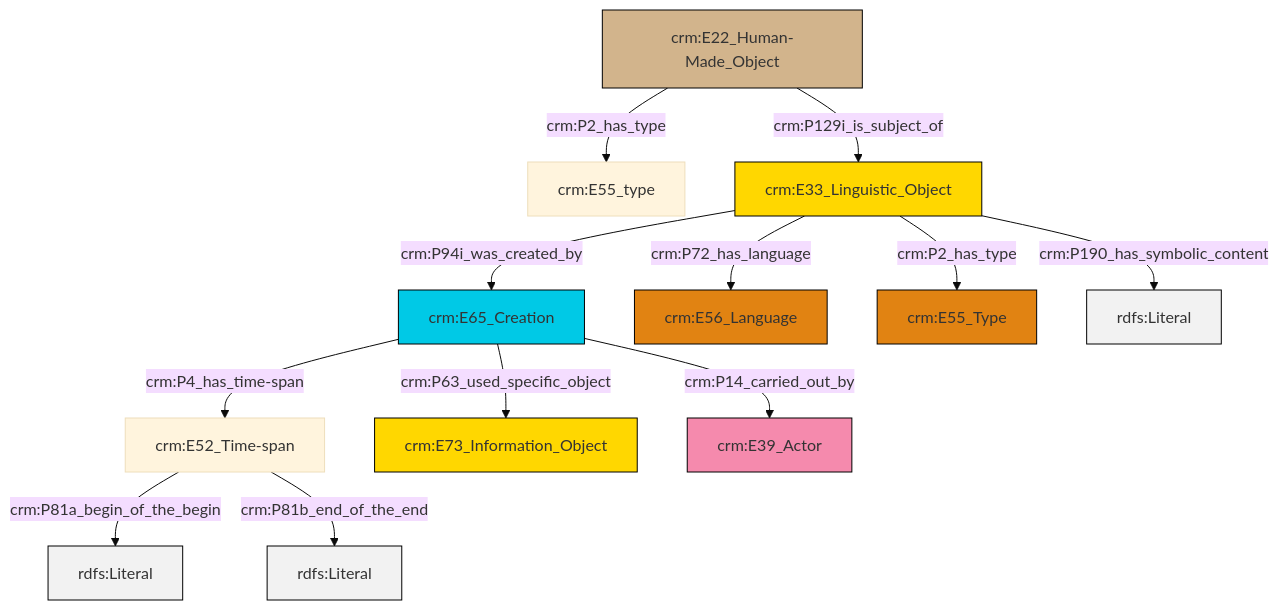
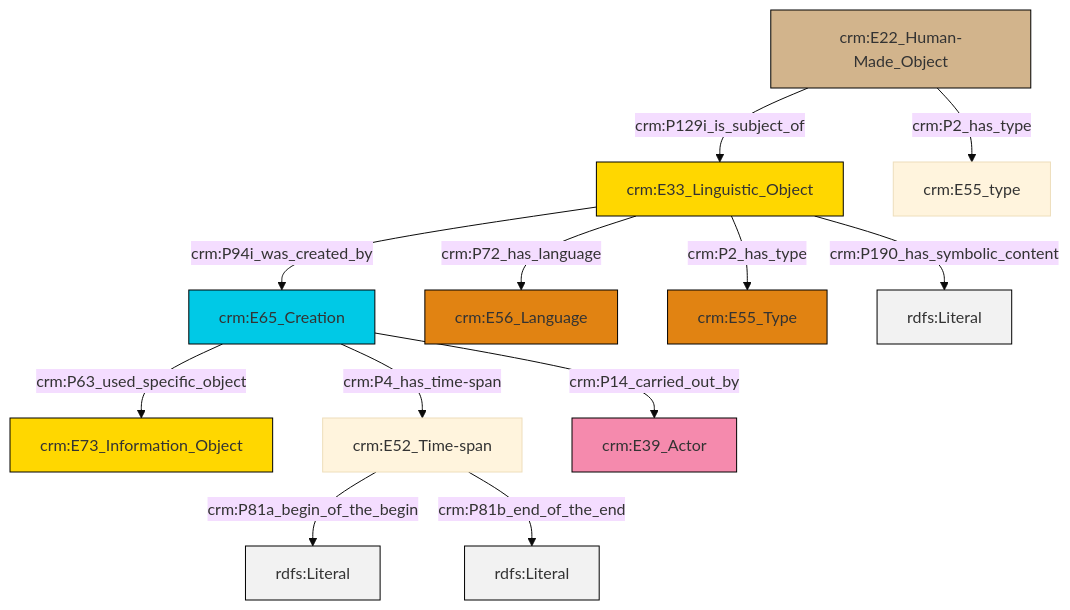
One commit to swiss-art-research-net/reference-data-models changed the diagram in et/builtWorkCSV/ttl/mmd/Built_Work_description.ttl.mmd. Above: the diagram before and after it, drawn with Mermaid (base theme). The commit also changed 129 other files, not shown here.

```diff
--- a/et/builtWorkCSV/ttl/mmd/Built_Work_description.ttl.mmd
+++ b/et/builtWorkCSV/ttl/mmd/Built_Work_description.ttl.mmd
@@ -1,26 +1,26 @@
 graph TD
 classDef Literal fill:#f2f2f2,stroke:#000000;
 classDef CRM_Entity fill:#FFFFFF,stroke:#000000;
 classDef Temporal_Entity fill:#00C9E6, stroke:#000000;
 classDef Type fill:#E18312, stroke:#000000;
 classDef Time-Span fill:#2C9C91, stroke:#000000;
 classDef Appellation fill:#FFEB7F, stroke:#000000;
 classDef Place fill:#008836, stroke:#000000;
 classDef Persistent_Item fill:#B266B2, stroke:#000000;
 classDef Conceptual_Object fill:#FFD700, stroke:#000000;
 classDef Physical_Thing fill:#D2B48C, stroke:#000000;
 classDef Actor fill:#f58aad, stroke:#000000;
 classDef PC_Classes fill:#4ce600, stroke:#000000;
 classDef Multi fill:#cccccc,stroke:#000000;
 
-0["crm:E22_Human-Made_Object"]:::Physical_Thing -->|crm:P2_has_type| 1["crm:E55_type"]:::Default
-2["crm:E33_Linguistic_Object"]:::Conceptual_Object -->|crm:P94i_was_created_by| 3["crm:E65_Creation"]:::Temporal_Entity
-3["crm:E65_Creation"]:::Temporal_Entity -->|crm:P4_has_time-span| 6["crm:E52_Time-span"]:::Default
-6["crm:E52_Time-span"]:::Default -->|crm:P81a_begin_of_the_begin| 7[rdfs:Literal]:::Literal
-3["crm:E65_Creation"]:::Temporal_Entity -->|crm:P14_carried_out_by| 11["crm:E39_Actor"]:::Actor
-2["crm:E33_Linguistic_Object"]:::Conceptual_Object -->|crm:P72_has_language| 12["crm:E56_Language"]:::Type
-0["crm:E22_Human-Made_Object"]:::Physical_Thing -->|crm:P129i_is_subject_of| 2["crm:E33_Linguistic_Object"]:::Conceptual_Object
-2["crm:E33_Linguistic_Object"]:::Conceptual_Object -->|crm:P190_has_symbolic_content| 17[rdfs:Literal]:::Literal
-3["crm:E65_Creation"]:::Temporal_Entity -->|crm:P63_used_specific_object| 9["crm:E73_Information_Object"]:::Conceptual_Object
-2["crm:E33_Linguistic_Object"]:::Conceptual_Object -->|crm:P2_has_type| 13["crm:E55_Type"]:::Type
-6["crm:E52_Time-span"]:::Default -->|crm:P81b_end_of_the_end| 19[rdfs:Literal]:::Literal
+0["crm:E65_Creation"]:::Temporal_Entity -->|crm:P63_used_specific_object| 1["crm:E73_Information_Object"]:::Conceptual_Object
+2["crm:E33_Linguistic_Object"]:::Conceptual_Object -->|crm:P72_has_language| 3["crm:E56_Language"]:::Type
+5["crm:E52_Time-span"]:::Default -->|crm:P81a_begin_of_the_begin| 6[rdfs:Literal]:::Literal
+2["crm:E33_Linguistic_Object"]:::Conceptual_Object -->|crm:P2_has_type| 7["crm:E55_Type"]:::Type
+2["crm:E33_Linguistic_Object"]:::Conceptual_Object -->|crm:P190_has_symbolic_content| 10[rdfs:Literal]:::Literal
+0["crm:E65_Creation"]:::Temporal_Entity -->|crm:P14_carried_out_by| 11["crm:E39_Actor"]:::Actor
+14["crm:E22_Human-Made_Object"]:::Physical_Thing -->|crm:P129i_is_subject_of| 2["crm:E33_Linguistic_Object"]:::Conceptual_Object
+2["crm:E33_Linguistic_Object"]:::Conceptual_Object -->|crm:P94i_was_created_by| 0["crm:E65_Creation"]:::Temporal_Entity
+14["crm:E22_Human-Made_Object"]:::Physical_Thing -->|crm:P2_has_type| 8["crm:E55_type"]:::Default
+0["crm:E65_Creation"]:::Temporal_Entity -->|crm:P4_has_time-span| 5["crm:E52_Time-span"]:::Default
+5["crm:E52_Time-span"]:::Default -->|crm:P81b_end_of_the_end| 19[rdfs:Literal]:::Literal
```
